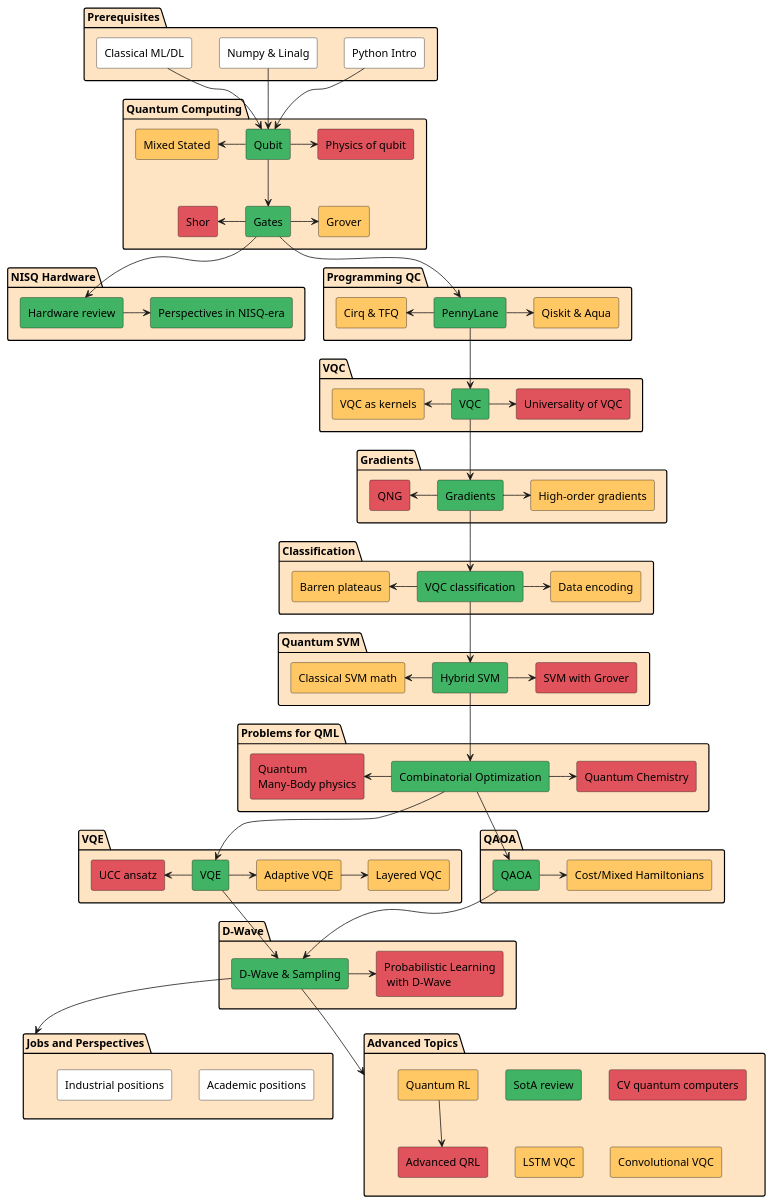
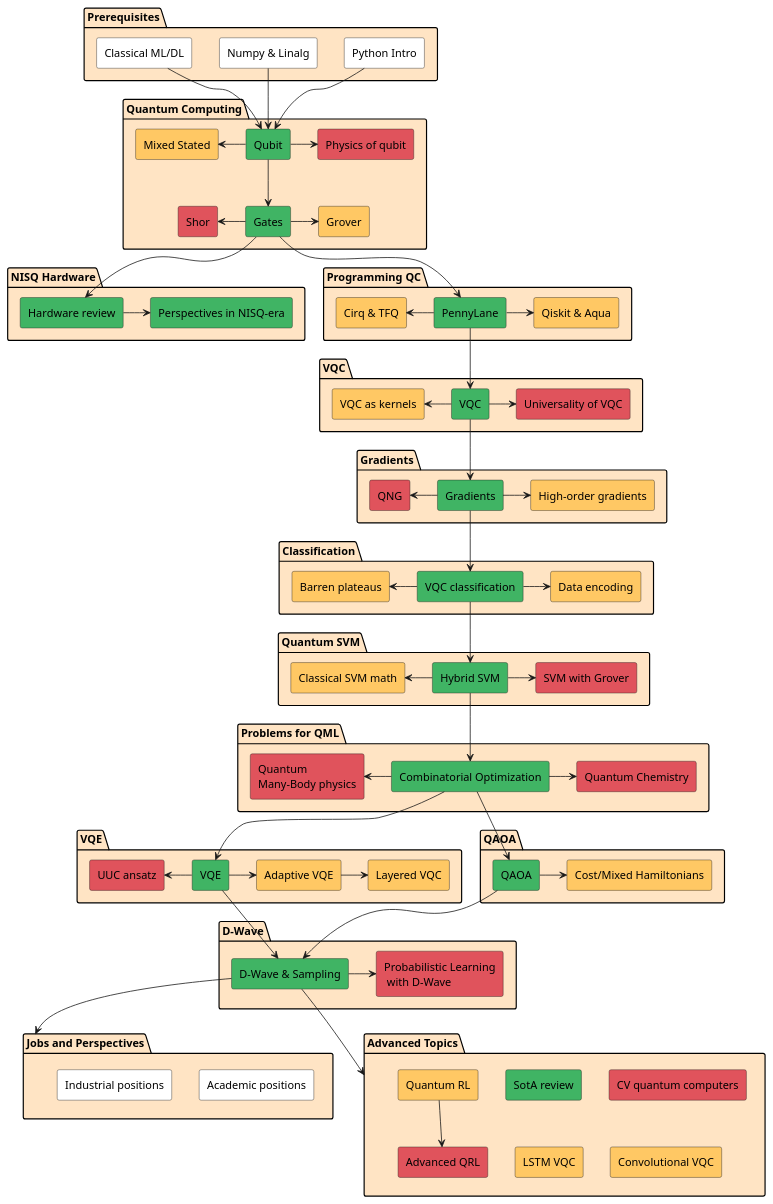
The diagram in _static/index/program.plantuml (polyzer/qmlcourse), drawn with PlantUML before and after one commit. The commit also changed 73 other files, not shown here.

```diff
--- a/_static/index/program.plantuml
+++ b/_static/index/program.plantuml
@@ -1,144 +1,144 @@
 @startuml
 package "Prerequisites" #Bisque {
         rectangle "Python Intro" as python #White
         rectangle "Numpy & Linalg" as numpy #White
         rectangle "Classical ML/DL" as ml #White
 }
 
 package "Quantum Computing" as qci #Bisque {
         rectangle "Qubit" as qubit #40B464
         rectangle "Gates" as gates #40B464
         rectangle "Physics of qubit" as physq #E0535C
         rectangle "Mixed Stated" as mixed #FFC864
         rectangle "Grover" as grover #FFC864
         rectangle "Shor" as shor #E0535C
 }
 
 package "NISQ Hardware" #Bisque {
         rectangle "Hardware review" as review #40B464
         rectangle "Perspectives in NISQ-era" as nisq #40B464
 }
 
 package "Programming QC" #Bisque {
         rectangle "PennyLane" as pennylane #40B464
         rectangle "Qiskit & Aqua" as qiskit #FFC864
         rectangle "Cirq & TFQ" as cirq #FFC864
 }
 
 package "VQC" #Bisque {
         rectangle "VQC" as vqc #40B464
         rectangle "VQC as kernels" as kernelvqc #FFC864
         rectangle "Universality of VQC" as univvqc #E0535C
 }
 
 package "Gradients" #Bisque {
         rectangle "Gradients" as grad #40B464
         rectangle "High-order gradients" as hograd #FFC864
         rectangle "QNG" as qng #E0535C
 }
 
 package "Classification" #Bisque {
         rectangle "VQC classification" as vqcc #40B464
         rectangle "Barren plateaus" as barren #FFC864
         rectangle "Data encoding" as encoding #FFC864
 }
 
 package "Quantum SVM" #Bisque {
         rectangle "Hybrid SVM" as hsvm #40B464
         rectangle "Classical SVM math" as csvm #FFC864
         rectangle "SVM with Grover" as gsvm #E0535C
 }
 
 package "Problems for QML" #Bisque {
         rectangle "Combinatorial Optimization" as copt #40B464
         rectangle "Quantum\nMany-Body physics" as qmbp #E0535C
         rectangle "Quantum Chemistry" as qchem #E0535C
 }
 
 package "VQE" #Bisque {
         rectangle "VQE" as vqe #40B464
         rectangle "Adaptive VQE" as avqe #FFC864
         rectangle "Layered VQC" as lvqe #FFC864
-        rectangle "UCC ansatz" as uuc #E0535C
+        rectangle "UUC ansatz" as uuc #E0535C
 }
 
 package "QAOA" #Bisque {
         rectangle "QAOA" as qaoa #40B464
         rectangle "Cost/Mixed Hamiltonians" as hams #FFC864
 }
 
 package "D-Wave" #Bisque {
         rectangle "D-Wave & Sampling" as dwave #40B464
         rectangle "Probabilistic Learning\n with D-Wave" as probml #E0535C
 }
 
 package "Jobs and Perspectives" as jobs #Bisque {
         rectangle "Academic positions" as academic #White
         rectangle "Industrial positions" as industrial #White
 }
 
 package "Advanced Topics" as adv #Bisque {
         rectangle "SotA review" as sota #40B464
         rectangle "Quantum RL" as qrl #FFC864
         rectangle "Advanced QRL" as aqrl #E0535C
         rectangle "CV quantum computers" as svqc #E0535C
         rectangle "LSTM VQC" as lstm #FFC864
         rectangle "Convolutional VQC" as convvqc #FFC864
 }
 
 
 python --> qubit
 numpy --> qubit
 ml --> qubit
 
 qubit --> gates
 qubit -> physq
 mixed <- qubit
 gates -> grover
 shor <- gates
 
 gates --> review
 review -> nisq
 
 gates --> pennylane
 cirq <- pennylane
 pennylane -> qiskit
 
 pennylane --> vqc
 kernelvqc <- vqc
 vqc -> univvqc
 
 vqc --> grad
 qng <- grad
 grad -> hograd
 
 grad --> vqcc
 barren <- vqcc
 vqcc -> encoding
 
 vqcc --> hsvm
 csvm <- hsvm
 hsvm -> gsvm
 
 hsvm --> copt
 qmbp <- copt
 copt -> qchem
 
 copt --> vqe
 uuc <- vqe
 vqe -> avqe
 avqe -> lvqe
 
 copt --> qaoa
 qaoa -> hams
 
 qaoa --> dwave
 vqe --> dwave
 dwave -> probml
 
 dwave --> jobs
 
 dwave -->adv
 qrl --> aqrl
 
 @enduml
```
